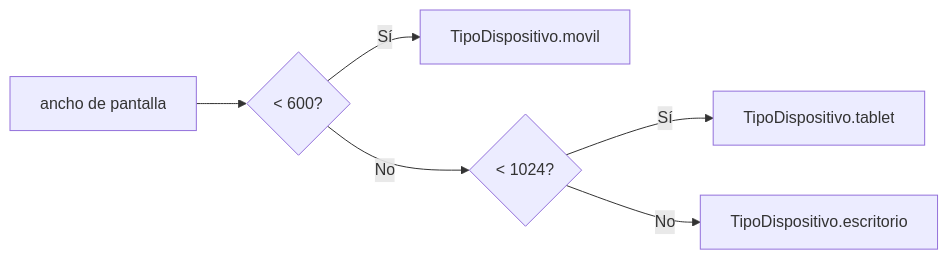
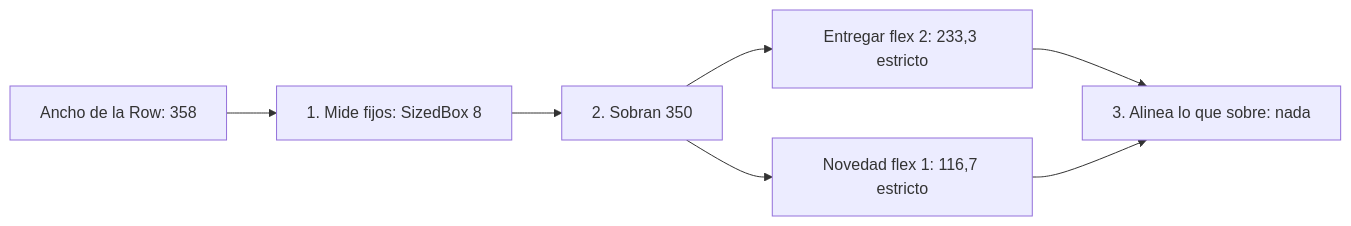
Before and after one commit to NICORUIZ93/The_Imperial_Book: the second of 6 diagrams in web/public/content/flutter/modulo-2.md, drawn with Mermaid. The commit also changed other lines of this file and 15 other files, not shown here.

````diff
--- a/web/public/content/flutter/modulo-2.md
+++ b/web/public/content/flutter/modulo-2.md
@@ -214,8 +476,9 @@
 ```mermaid
 flowchart LR
-    A["ancho de pantalla"] --> B{"< 600?"}
-    B -->|Sí| M["TipoDispositivo.movil"]
-    B -->|No| C{"< 1024?"}
-    C -->|Sí| T["TipoDispositivo.tablet"]
-    C -->|No| E["TipoDispositivo.escritorio"]
+    A["Ancho de la Row: 358"] --> B["1. Mide fijos: SizedBox 8"]
+    B --> C["2. Sobran 350"]
+    C --> D["Entregar flex 2: 233,3 estricto"]
+    C --> E["Novedad flex 1: 116,7 estricto"]
+    D --> F["3. Alinea lo que sobre: nada"]
+    E --> F
 ```
````
